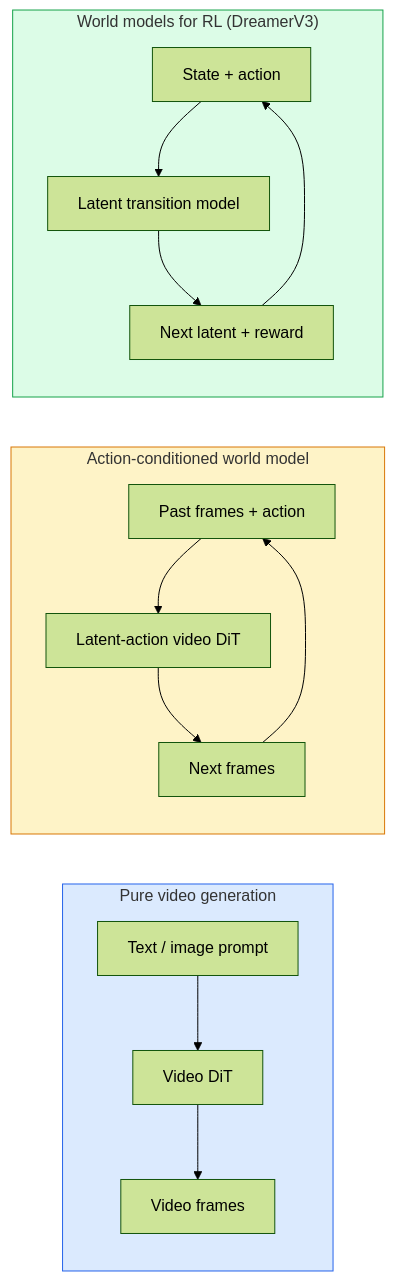
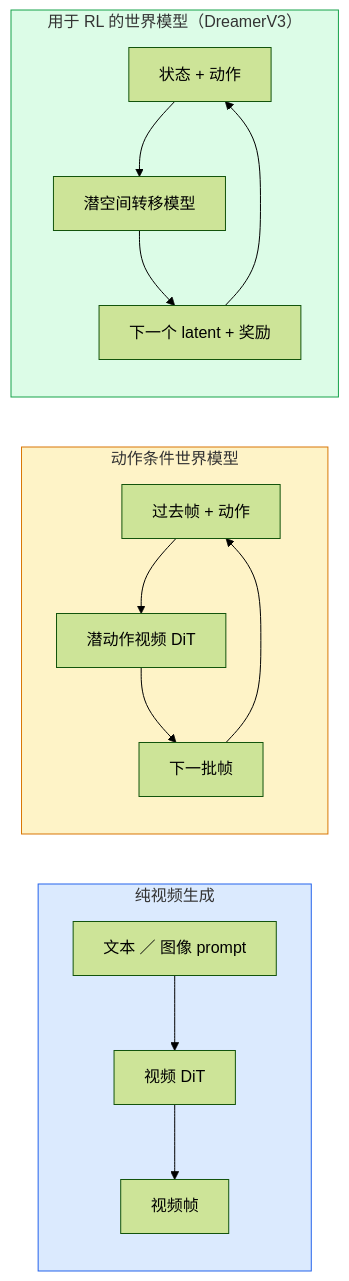
One commit to JerryC8080/ai-engineering-from-scratch-zh changed the diagram in phases/04-computer-vision/28-world-models-video-diffusion/docs/zh.md. Above: the diagram before and after it, drawn with Mermaid (forest theme). The commit also changed 156 other files, not shown here.

First line of the commit message:
i18n(zh): translate mermaid diagram labels in 157 lesson zh.md

````diff
--- a/phases/04-computer-vision/28-world-models-video-diffusion/docs/zh.md
+++ b/phases/04-computer-vision/28-world-models-video-diffusion/docs/zh.md
@@ -31,18 +31,18 @@
 ```mermaid
 flowchart LR
-    subgraph GEN["Pure video generation"]
-        G1["Text / image prompt"] --> G2["Video DiT"] --> G3["Video frames"]
+    subgraph GEN["纯视频生成"]
+        G1["文本 ／ 图像 prompt"] --> G2["视频 DiT"] --> G3["视频帧"]
     end
-    subgraph ACTION["Action-conditioned world model"]
-        A1["Past frames + action"] --> A2["Latent-action video DiT"] --> A3["Next frames"]
+    subgraph ACTION["动作条件世界模型"]
+        A1["过去帧 + 动作"] --> A2["潜动作视频 DiT"] --> A3["下一批帧"]
         A3 --> A1
     end
-    subgraph RL["World models for RL (DreamerV3)"]
-        R1["State + action"] --> R2["Latent transition model"] --> R3["Next latent + reward"]
+    subgraph RL["用于 RL 的世界模型（DreamerV3）"]
+        R1["状态 + 动作"] --> R2["潜空间转移模型"] --> R3["下一个 latent + 奖励"]
         R3 --> R1
     end
 
     style GEN fill:#dbeafe,stroke:#2563eb
     style ACTION fill:#fef3c7,stroke:#d97706
     style RL fill:#dcfce7,stroke:#16a34a
 ```
````
